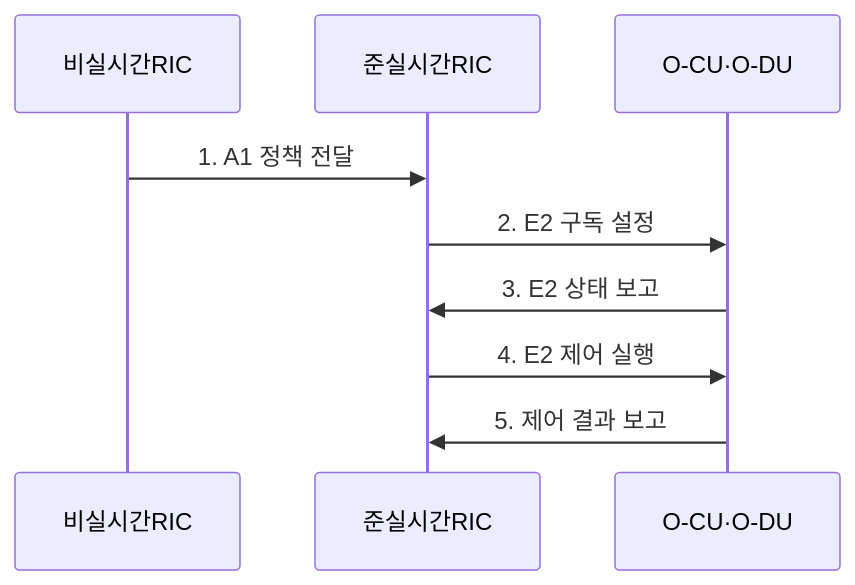
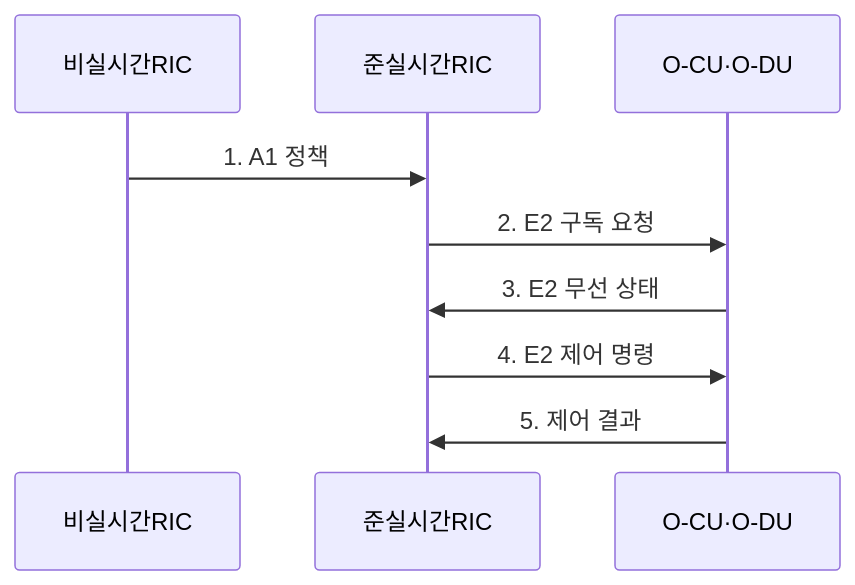
The second of 2 diagrams in src/content/docs/notes/04-network/045_open_ran.md (agnusdei1207/knowledge-base), drawn with Mermaid before and after one commit. The commit also changed other lines of this file and 20 other files, not shown here.

````diff
--- a/src/content/docs/notes/04-network/045_open_ran.md
+++ b/src/content/docs/notes/04-network/045_open_ran.md
@@ -86,11 +87,11 @@
 ```mermaid
 sequenceDiagram
     participant 비실시간RIC
     participant 준실시간RIC
     participant O-CU·O-DU
-    비실시간RIC->>준실시간RIC: 1. A1 정책 전달
-    준실시간RIC->>O-CU·O-DU: 2. E2 구독 설정
-    O-CU·O-DU->>준실시간RIC: 3. E2 상태 보고
-    준실시간RIC->>O-CU·O-DU: 4. E2 제어 실행
-    O-CU·O-DU->>준실시간RIC: 5. 제어 결과 보고
+    비실시간RIC->>준실시간RIC: 1. A1 정책
+    준실시간RIC->>O-CU·O-DU: 2. E2 구독 요청
+    O-CU·O-DU->>준실시간RIC: 3. E2 무선 상태
+    준실시간RIC->>O-CU·O-DU: 4. E2 제어 명령
+    O-CU·O-DU->>준실시간RIC: 5. 제어 결과
 ```
````
